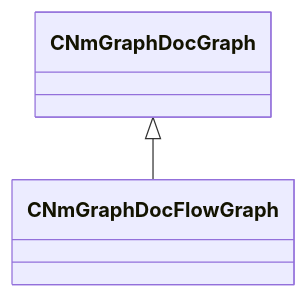
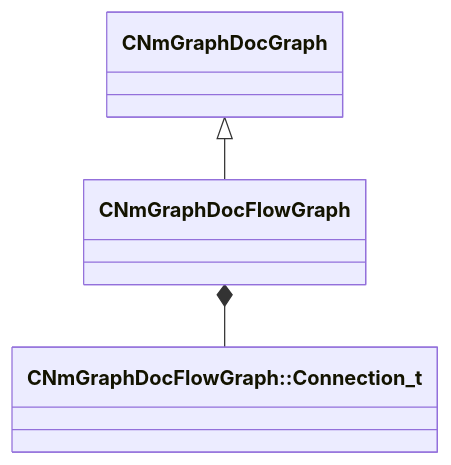
One commit to CS2OpenDev/CS2OpenDev-Docs changed the diagram in docs/generated/schemas/animdoclib/CNmGraphDocFlowGraph.md. Above: the diagram before and after it, drawn with Mermaid. The commit also changed other lines of this file and 4525 other files, not shown here.

````diff
--- a/docs/generated/schemas/animdoclib/CNmGraphDocFlowGraph.md
+++ b/docs/generated/schemas/animdoclib/CNmGraphDocFlowGraph.md
@@ -17,4 +19,5 @@
 ```mermaid
 classDiagram
     CNmGraphDocGraph <|-- CNmGraphDocFlowGraph
+    CNmGraphDocFlowGraph *-- `CNmGraphDocFlowGraph::Connection_t`
 ```
````
